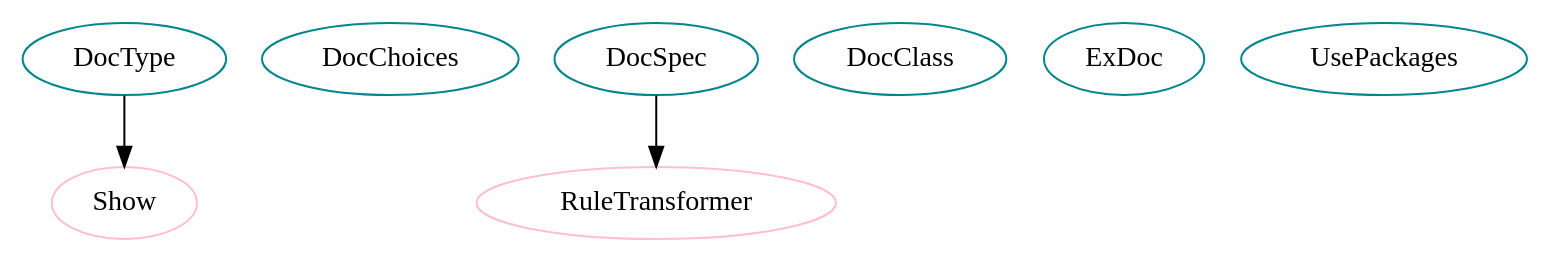
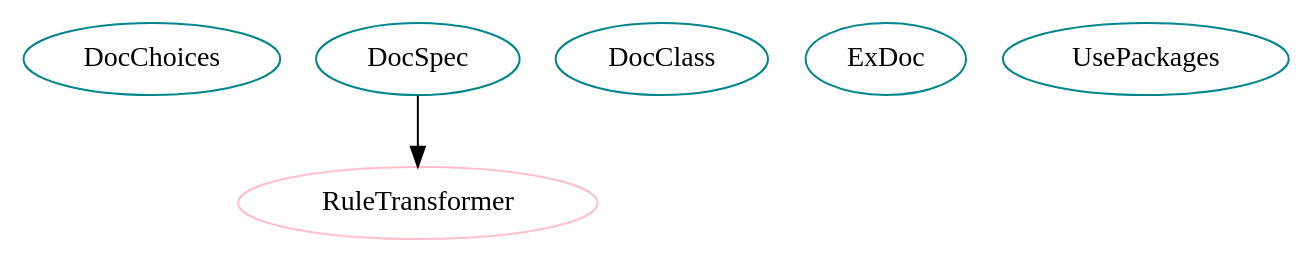
One commit to JacquesCarette/Drasil changed the diagram in analysis/ClassInstDep/packagegraphs/gen.dot. Above: the diagram before and after it, drawn with Graphviz. The commit also changed 370 other files, not shown here.

```diff
--- a/analysis/ClassInstDep/packagegraphs/gen.dot
+++ b/analysis/ClassInstDep/packagegraphs/gen.dot
@@ -1,12 +1,9 @@
 digraph gen{
-DocType	[shape=oval, color=turquoise4, label="DocType"];
 DocChoices	[shape=oval, color=turquoise4, label="DocChoices"];
 DocSpec	[shape=oval, color=turquoise4, label="DocSpec"];
 DocClass	[shape=oval, color=turquoise4, label="DocClass"];
 ExDoc	[shape=oval, color=turquoise4, label="ExDoc"];
 UsePackages	[shape=oval, color=turquoise4, label="UsePackages"];
 RuleTransformer	[shape=oval, color=pink, label="RuleTransformer"];
-Show	[shape=oval, color=pink, label="Show"];
 DocSpec -> RuleTransformer;
-DocType -> Show;
 }
```
